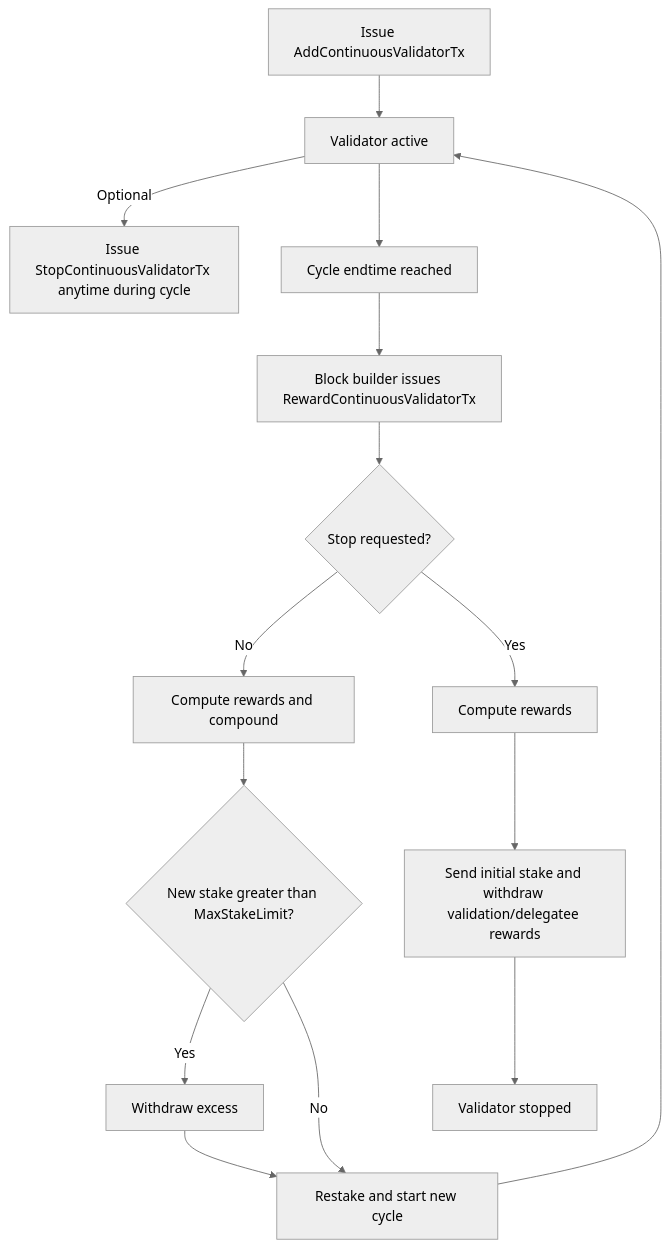
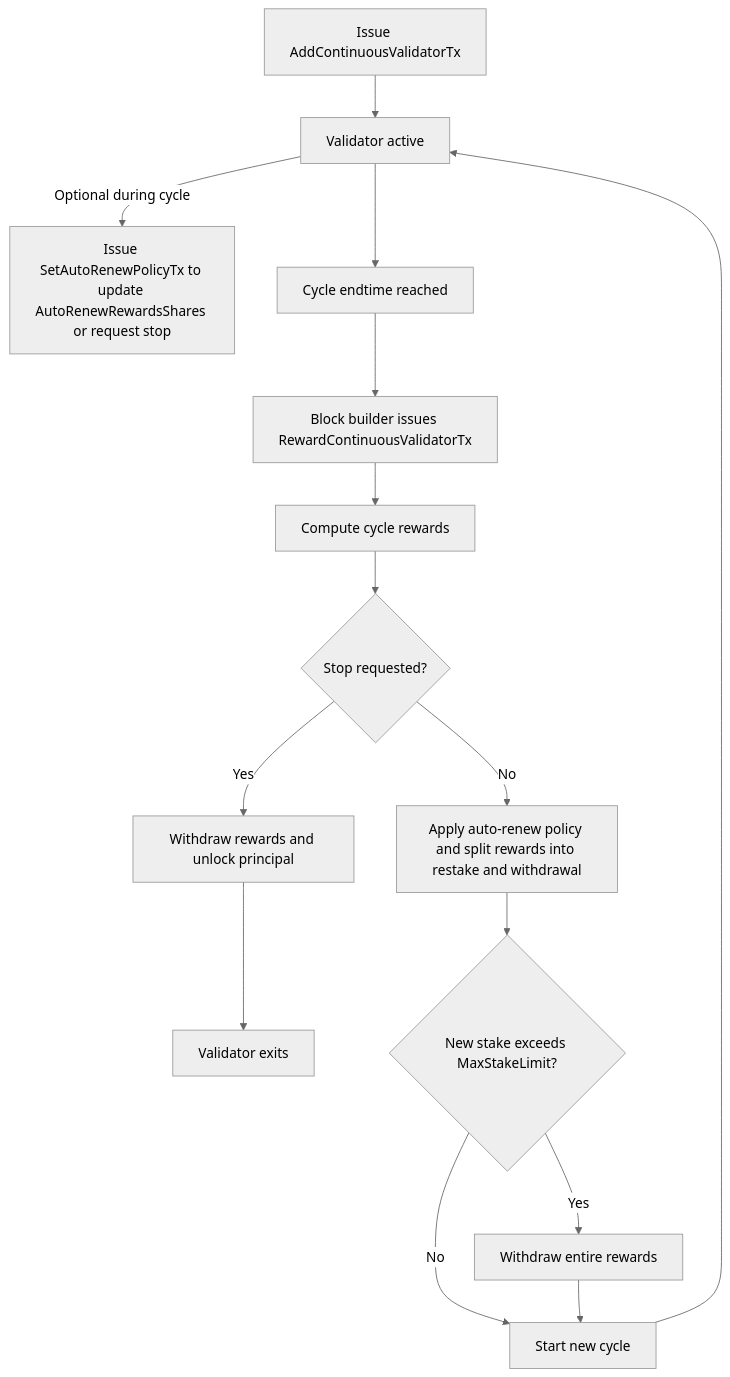
One commit to avalanche-foundation/ACPs changed the diagram in ACPs/236-continuous-staking/README.md. Above: the diagram before and after it, drawn with Mermaid (neutral theme). The commit also changed other lines of this file, not shown here.

Commit message:
add AutoRenewRewardsShares and PolicyOwner + replace StopContinuousValidatorTx with SetAutoRenewPolicyTx

````diff
--- a/ACPs/236-continuous-staking/README.md
+++ b/ACPs/236-continuous-staking/README.md
@@ -119,17 +148,21 @@
 ```mermaid
 flowchart TD
   A[Issue AddContinuousValidatorTx] --> B[Validator active]
-  B -->|Optional| C[Issue StopContinuousValidatorTx anytime during cycle]
+
+  B -->|Optional during cycle| C[Issue SetAutoRenewPolicyTx to update AutoRenewRewardsShares or request stop]
+
   B --> D[Cycle endtime reached]
   D --> E[Block builder issues RewardContinuousValidatorTx]
-  E --> F{Stop requested?}
-  F -->|No| G[Compute rewards and compound]
-  G --> H{New stake greater than MaxStakeLimit?}
-  H -->|Yes| I[Withdraw excess]
-  H -->|No| K
-  I --> K[Restake and start new cycle]
-  K --> B
-  F -->|Yes| L[Compute rewards]
-  L --> M[Send initial stake and withdraw validation/delegatee rewards]
-  M --> N[Validator stopped]
+  E --> F[Compute cycle rewards]
+  F --> G{Stop requested?}
+
+  G -->|Yes| H[Withdraw rewards and unlock principal]
+  H --> I[Validator exits]
+
+  G -->|No| J[Apply auto-renew policy and split rewards into restake and withdrawal]
+  J --> K{New stake exceeds MaxStakeLimit?}
+  K -->|Yes| L[Withdraw entire rewards]
+  K -->|No| N[Start new cycle]
+  L --> N[Start new cycle]
+  N --> B
 ```
````
